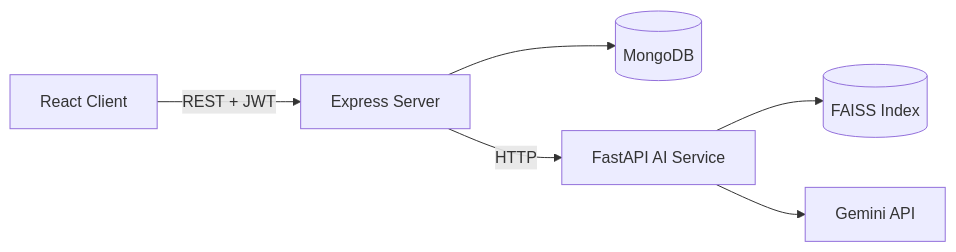
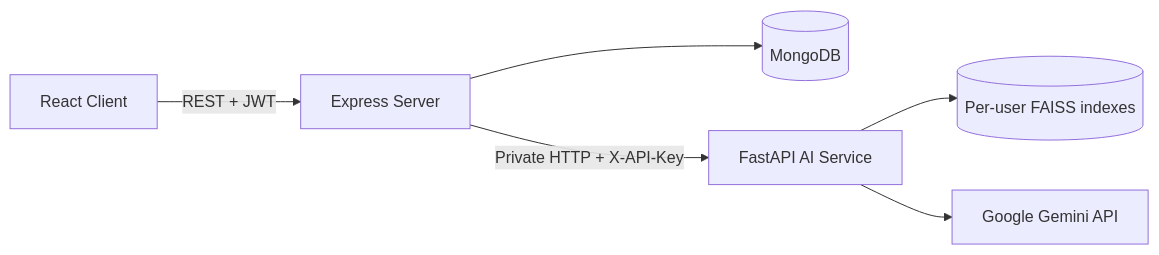
Before and after one commit to arka562/DevDocsAI: the diagram in README.md, drawn with Mermaid. The commit also changed other lines of this file, not shown here.

Commit message:
docs: update README setup security and API details

````diff
--- a/README.md
+++ b/README.md
@@ -53,8 +57,8 @@
 ```mermaid
 flowchart LR
     A[React Client] -->|REST + JWT| B[Express Server]
     B --> C[(MongoDB)]
-    B -->|HTTP| D[FastAPI AI Service]
-    D --> E[(FAISS Index)]
-    D --> F[Gemini API]
+    B -->|Private HTTP + X-API-Key| D[FastAPI AI Service]
+    D --> E[(Per-user FAISS indexes)]
+    D --> F[Google Gemini API]
 ```
````
